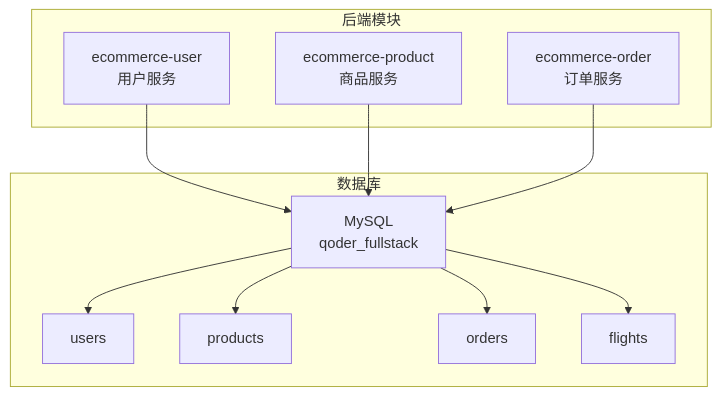
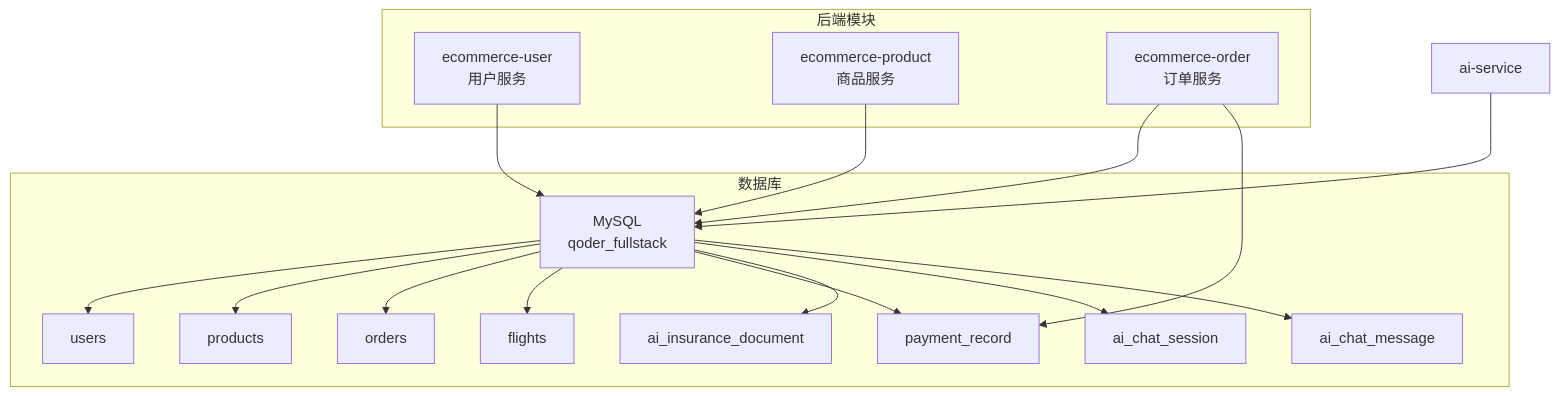
The first of 10 diagrams in .qoder/repowiki/zh/content/数据库设计.md (haohailiang/qoder-fullstack), drawn with Mermaid before and after one commit. The commit also changed other lines of this file and 33 other files, not shown here.

````diff
--- a/.qoder/repowiki/zh/content/数据库设计.md
+++ b/.qoder/repowiki/zh/content/数据库设计.md
@@ -44,22 +48,32 @@
 ```mermaid
 graph TB
 subgraph "后端模块"
 USER["ecommerce-user<br/>用户服务"]
 PRODUCT["ecommerce-product<br/>商品服务"]
 ORDER["ecommerce-order<br/>订单服务"]
 end
 subgraph "数据库"
 DB["MySQL<br/>qoder_fullstack"]
 T_USERS["users"]
 T_PRODUCTS["products"]
 T_ORDERS["orders"]
 T_FLIGHTS["flights"]
+T_PAYMENT["payment_record"]
+T_AIDOC["ai_insurance_document"]
+T_AISESSION["ai_chat_session"]
+T_AIMSG["ai_chat_message"]
 end
 USER --> DB
 PRODUCT --> DB
 ORDER --> DB
 DB --> T_USERS
 DB --> T_PRODUCTS
 DB --> T_ORDERS
 DB --> T_FLIGHTS
+ORDER --> T_PAYMENT
+DB --> T_PAYMENT
+AI["ai-service"] --> DB
+DB --> T_AIDOC
+DB --> T_AISESSION
+DB --> T_AIMSG
 ```
````
